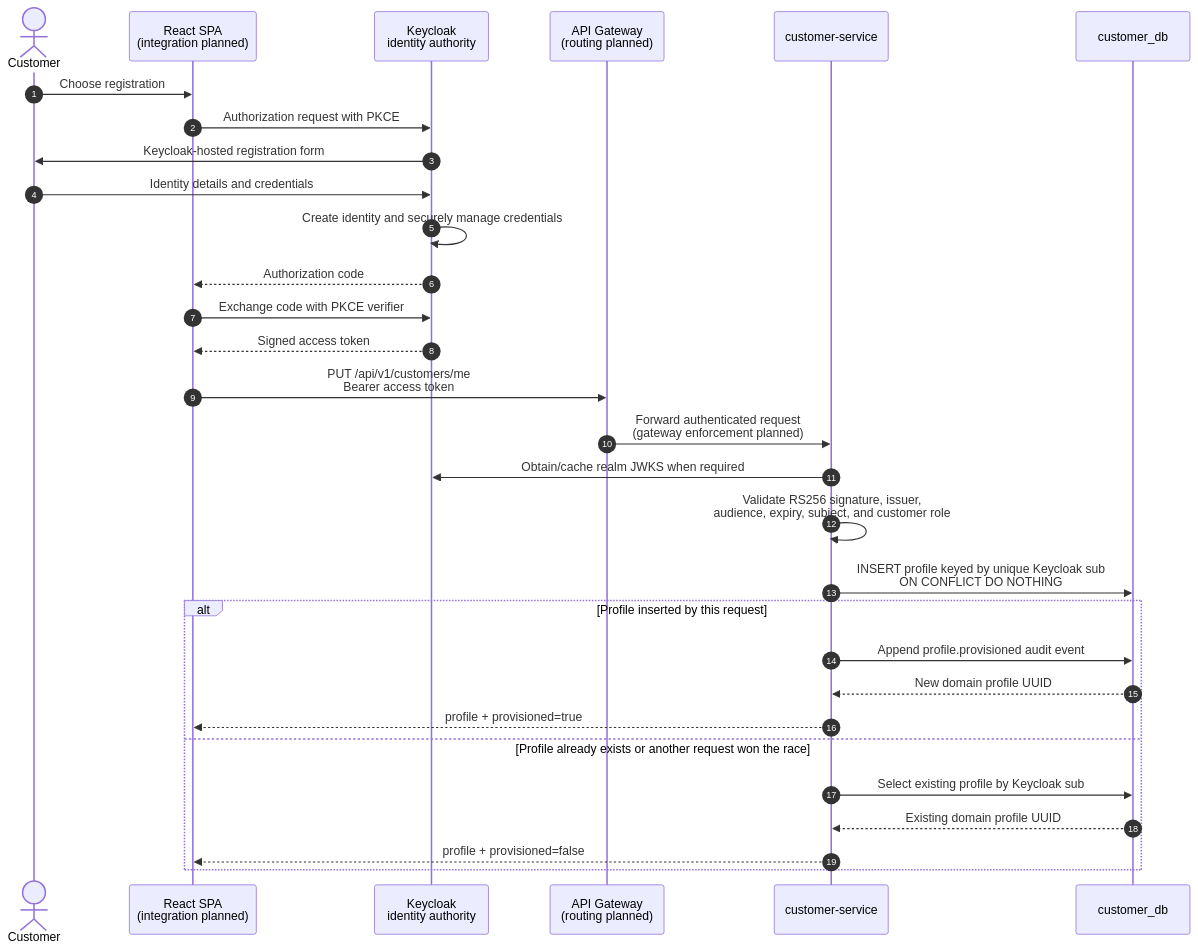
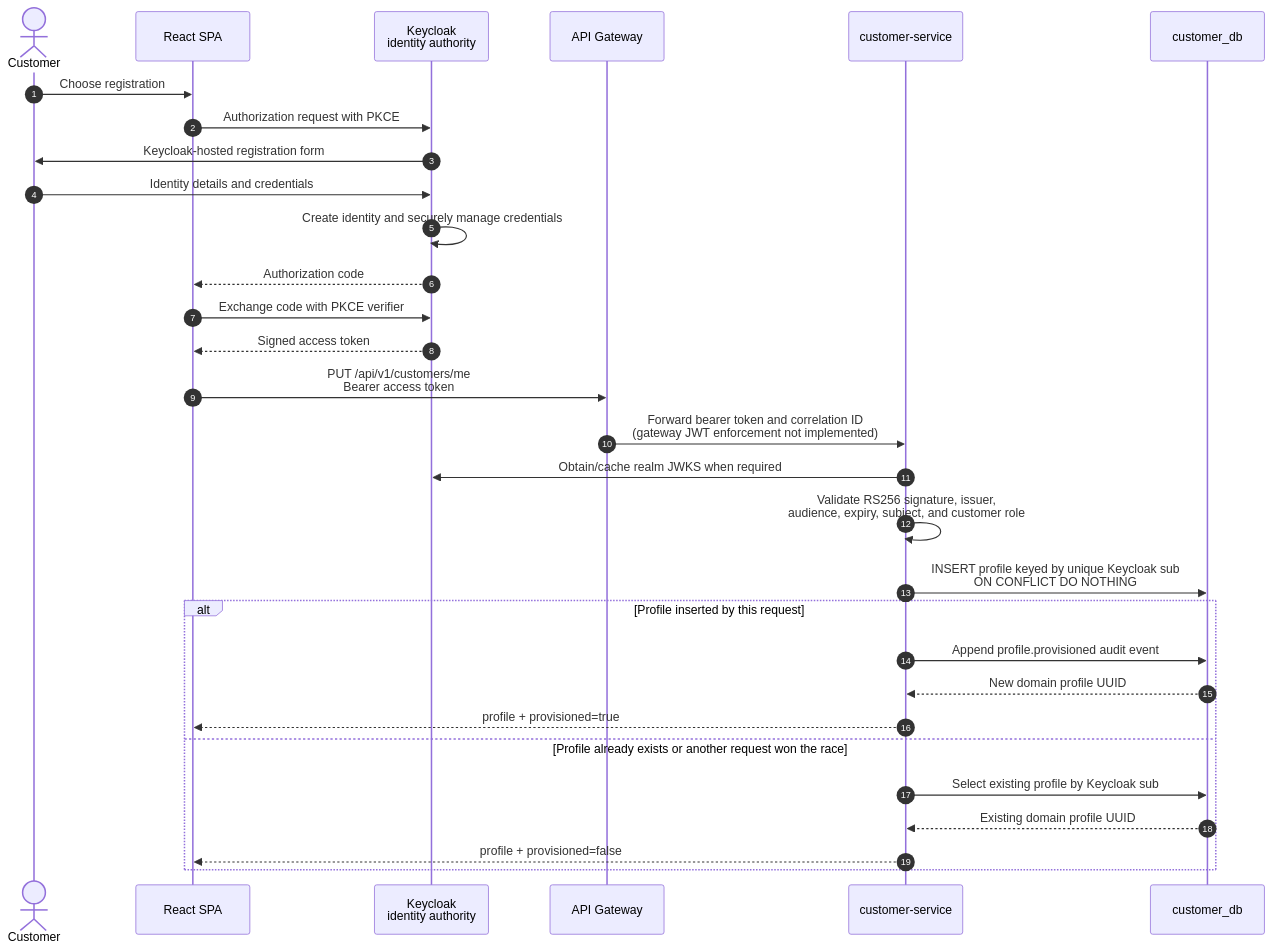
The diagram in docs/architecture/poc/customer-registration-sequence.md (yo-its-anas/shopsphere-global-order-platform), drawn with Mermaid before and after one commit. The commit also changed other lines of this file and 19 other files, not shown here.

````diff
--- a/docs/architecture/poc/customer-registration-sequence.md
+++ b/docs/architecture/poc/customer-registration-sequence.md
@@ -5,33 +5,33 @@
 ```mermaid
 sequenceDiagram
     autonumber
     actor Customer
-    participant React as React SPA<br/>(integration planned)
+    participant React as React SPA
     participant Keycloak as Keycloak<br/>identity authority
-    participant Gateway as API Gateway<br/>(routing planned)
+    participant Gateway as API Gateway
     participant Service as customer-service
     participant Database as customer_db
 
     Customer->>React: Choose registration
     React->>Keycloak: Authorization request with PKCE
     Keycloak->>Customer: Keycloak-hosted registration form
     Customer->>Keycloak: Identity details and credentials
     Keycloak->>Keycloak: Create identity and securely manage credentials
     Keycloak-->>React: Authorization code
     React->>Keycloak: Exchange code with PKCE verifier
     Keycloak-->>React: Signed access token
     React->>Gateway: PUT /api/v1/customers/me<br/>Bearer access token
-    Gateway->>Service: Forward authenticated request<br/>(gateway enforcement planned)
+    Gateway->>Service: Forward bearer token and correlation ID<br/>(gateway JWT enforcement not implemented)
     Service->>Keycloak: Obtain/cache realm JWKS when required
     Service->>Service: Validate RS256 signature, issuer,<br/>audience, expiry, subject, and customer role
     Service->>Database: INSERT profile keyed by unique Keycloak sub<br/>ON CONFLICT DO NOTHING
     alt Profile inserted by this request
         Service->>Database: Append profile.provisioned audit event
         Database-->>Service: New domain profile UUID
         Service-->>React: profile + provisioned=true
     else Profile already exists or another request won the race
         Service->>Database: Select existing profile by Keycloak sub
         Database-->>Service: Existing domain profile UUID
         Service-->>React: profile + provisioned=false
     end
 ```
````
